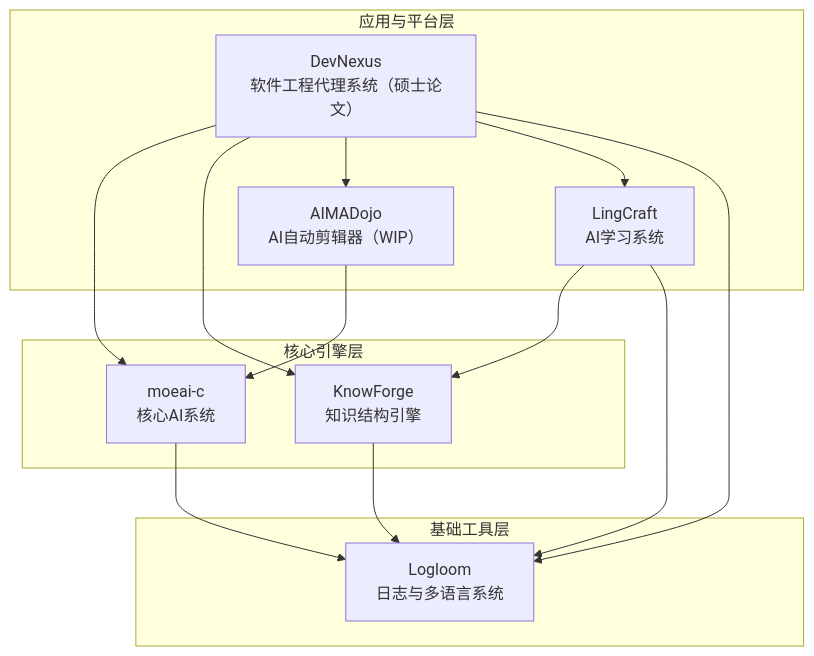
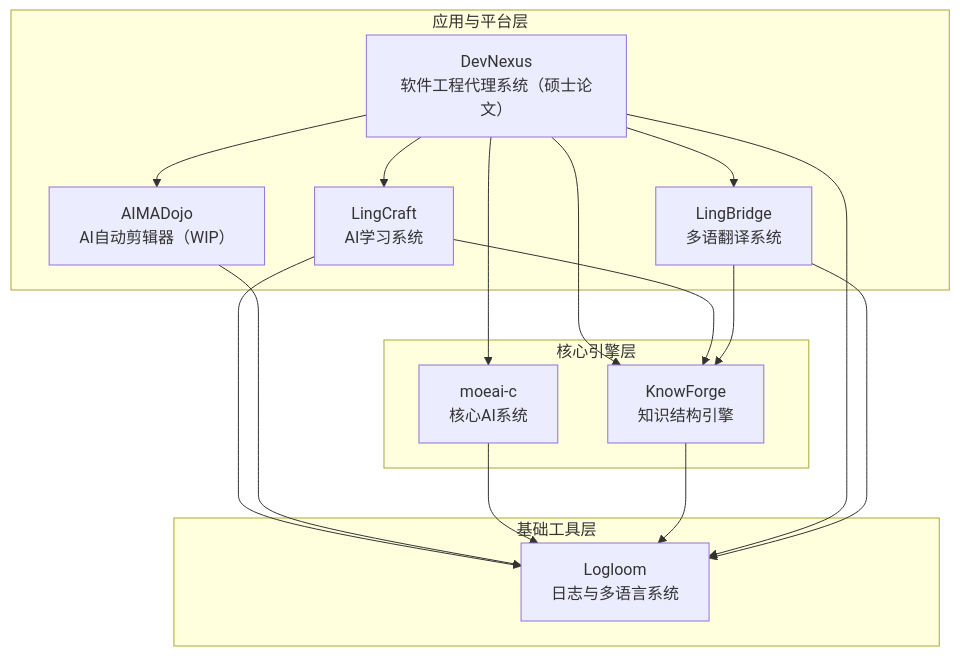
The diagram in README.md (ydzat/ydzat), drawn with Mermaid before and after one commit.

````diff
--- a/README.md
+++ b/README.md
@@ -75,29 +75,34 @@
 ```mermaid
 graph TD
   subgraph 基础工具层
     E[Logloom<br>日志与多语言系统]
   end
 
   subgraph 核心引擎层
     A[moeai-c<br>核心AI系统]
     B[KnowForge<br>知识结构引擎]
   end
 
   subgraph 应用与平台层
     F[LingCraft<br>AI学习系统]
     C[AIMADojo<br>AI自动剪辑器（WIP）]
     D[DevNexus<br>软件工程代理系统（硕士论文）]
+    G[LingBridge<br>多语翻译系统]
   end
 
   D --> A
   D --> B
   D --> C
   D --> F
 
   F --> B
   F --> E
-  C --> A
+  C --> E
   A --> E
   B --> E
   D --> E
+
+  D --> G
+  G --> B
+  G --> E
 ```
````
